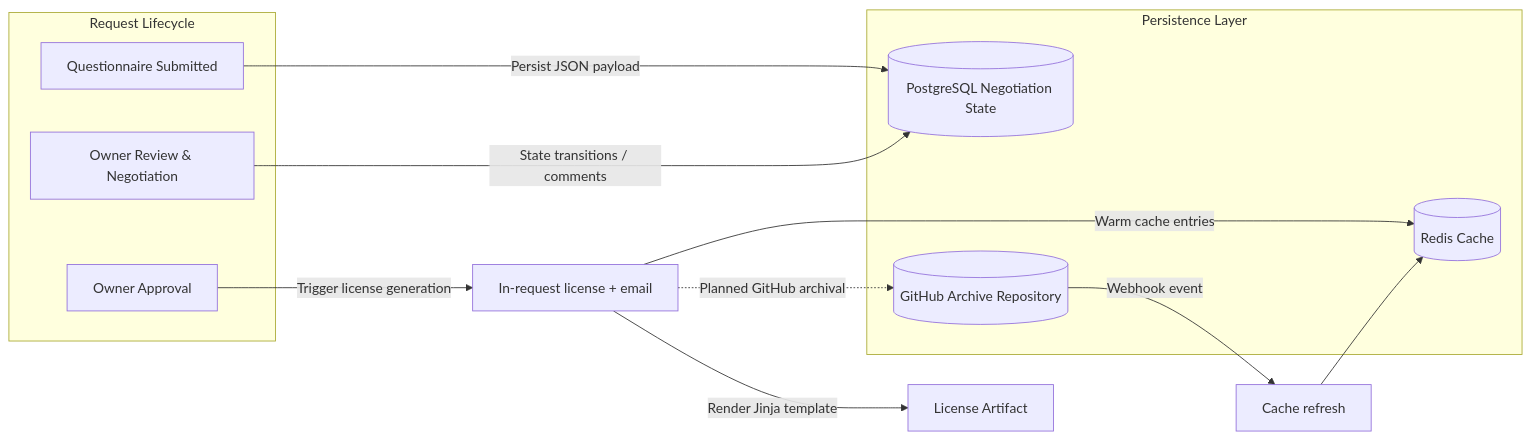
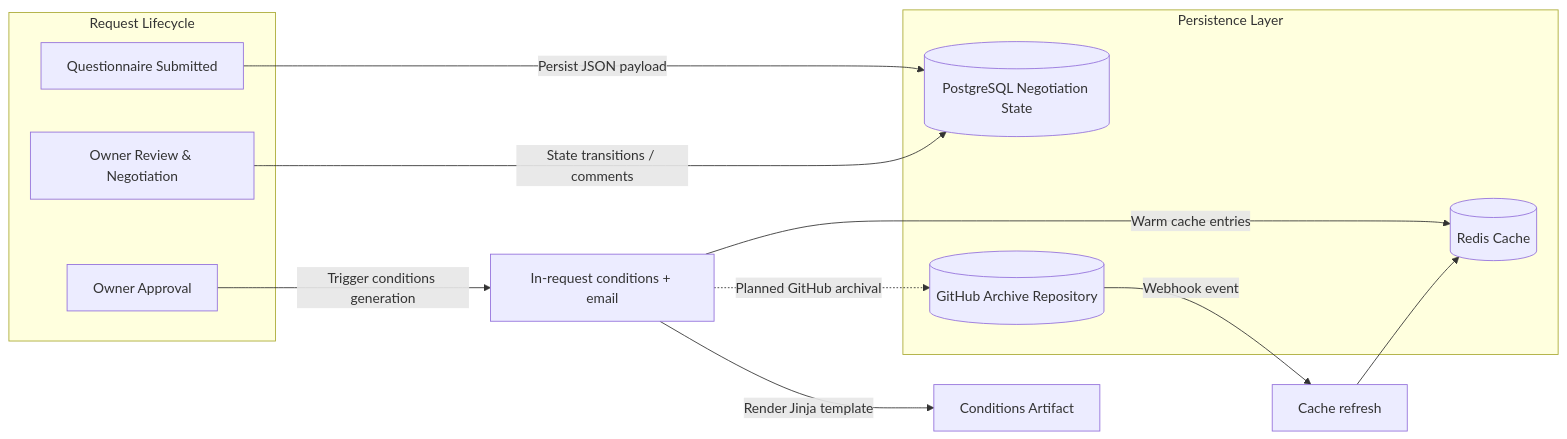
The fourth of 5 diagrams in docs/cache-architecture.md (ClimateSmartAgCollab/DRT_Design_Document), drawn with Mermaid before and after one commit. The commit also changed other lines of this file and 19 other files, not shown here.

````diff
--- a/docs/cache-architecture.md
+++ b/docs/cache-architecture.md
@@ -125,23 +125,23 @@
 ```mermaid
 graph LR
     subgraph Request Lifecycle
         QStart[Questionnaire Submitted]
         Review[Owner Review & Negotiation]
         Approve[Owner Approval]
     end
 
     subgraph Persistence Layer
         PG[(PostgreSQL Negotiation State)]
         GH[(GitHub Archive Repository)]
         Redis[(Redis Cache)]
     end
 
     QStart -->|Persist JSON payload| PG
     Review -->|State transitions / comments| PG
-    Approve -->|Trigger license generation| LicenseTask[In-request license + email]
-    LicenseTask -->|Render Jinja template| License[License Artifact]
-    LicenseTask -. Planned GitHub archival .-> GH
-    LicenseTask -->|Warm cache entries| Redis
+    Approve -->|Trigger conditions generation| ConditionsTask[In-request conditions + email]
+    ConditionsTask -->|Render Jinja template| Conditions[Conditions Artifact]
+    ConditionsTask -. Planned GitHub archival .-> GH
+    ConditionsTask -->|Warm cache entries| Redis
     GH -->|Webhook event| CacheRefresh[Cache refresh]
     CacheRefresh --> Redis
 ```
````
